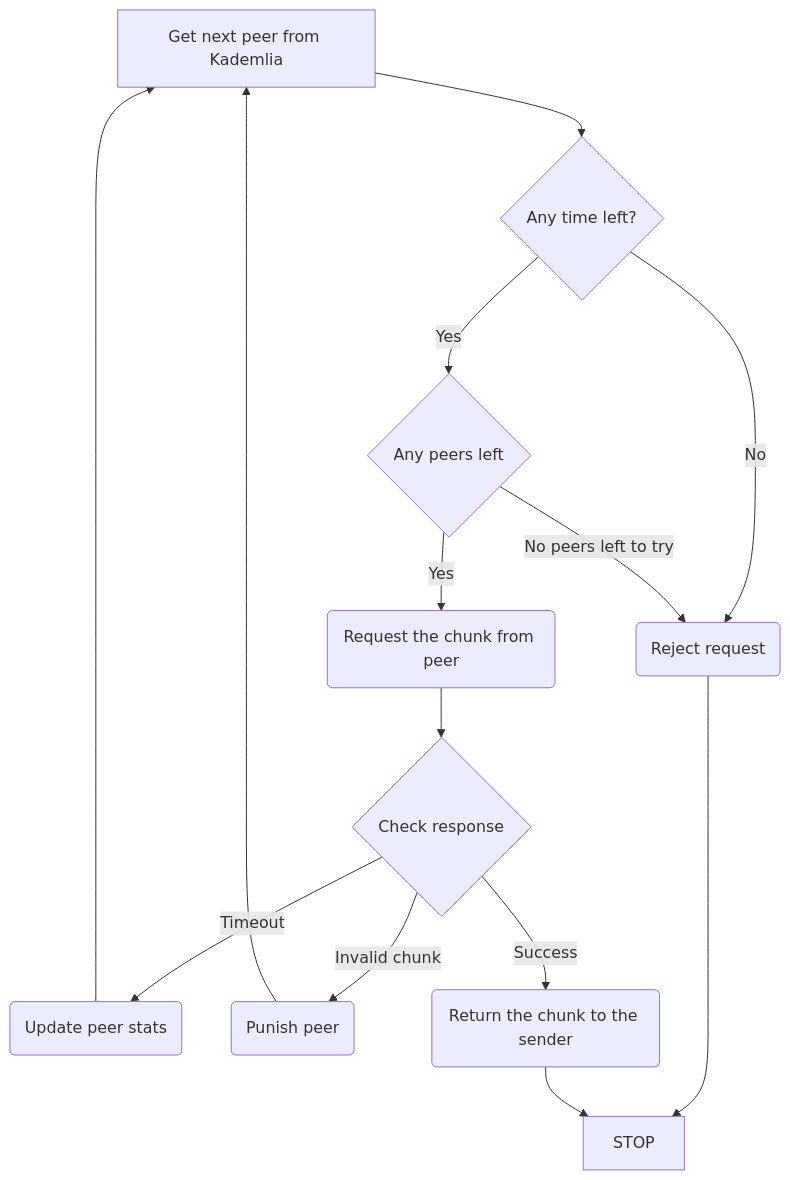
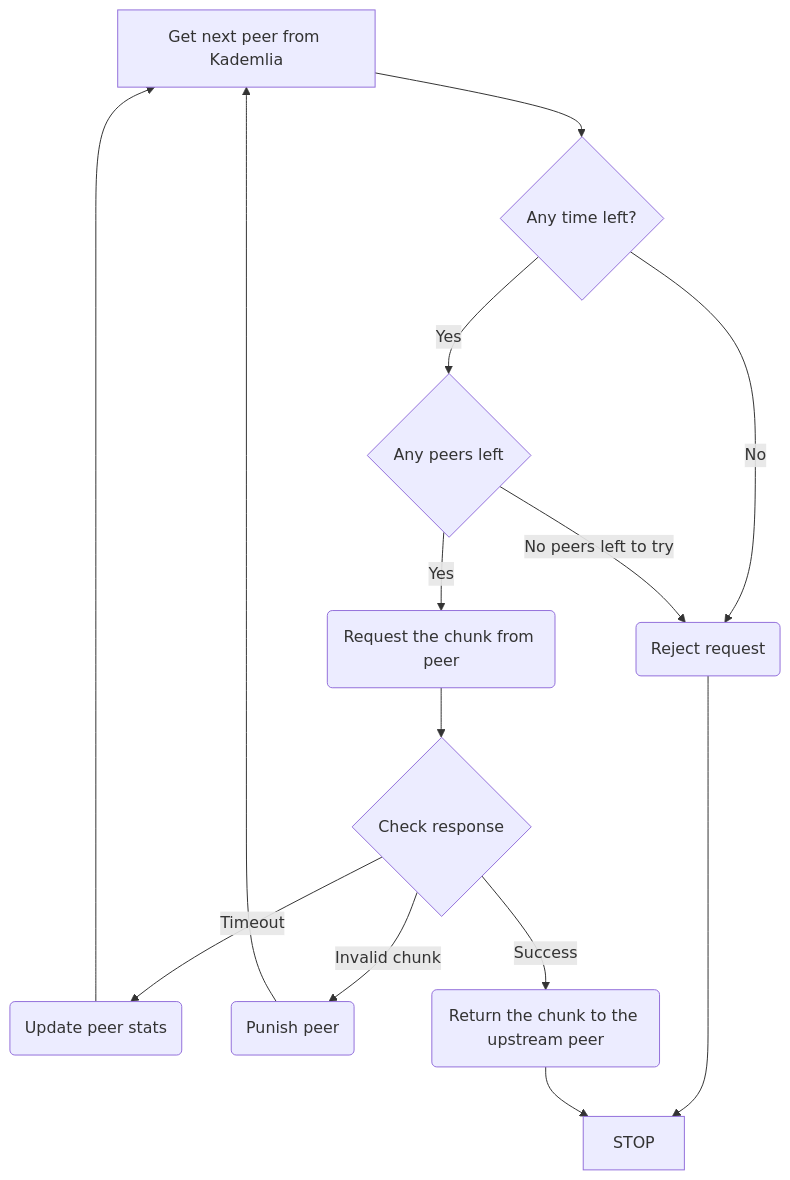
One commit to ethersphere/bee-docs changed the second of 3 diagrams in docs/develop/bee-developers/advanced.md. Above: the diagram before and after it, drawn with Mermaid. The commit also changed other lines of this file, not shown here.

````diff
--- a/docs/develop/bee-developers/advanced.md
+++ b/docs/develop/bee-developers/advanced.md
@@ -159,11 +175,11 @@
 ```mermaid
 flowchart TD
     A[Get next peer from Kademlia] --> H{Any time left?}
     H --> |No| I(Reject request) --> S[STOP]
     H --> |Yes| M{Any peers left}
     M --> |Yes| N(Request the chunk from peer) --> K{Check response}
     M --> |No peers left to try| I
     K --> |Timeout| L(Update peer stats) --> A
     K --> |Invalid chunk| N1(Punish peer) --> A
-    K --> |Success| R(Return the chunk to the sender) --> S
+    K --> |Success| R(Return the chunk to the upstream peer) --> S
 ```
````
